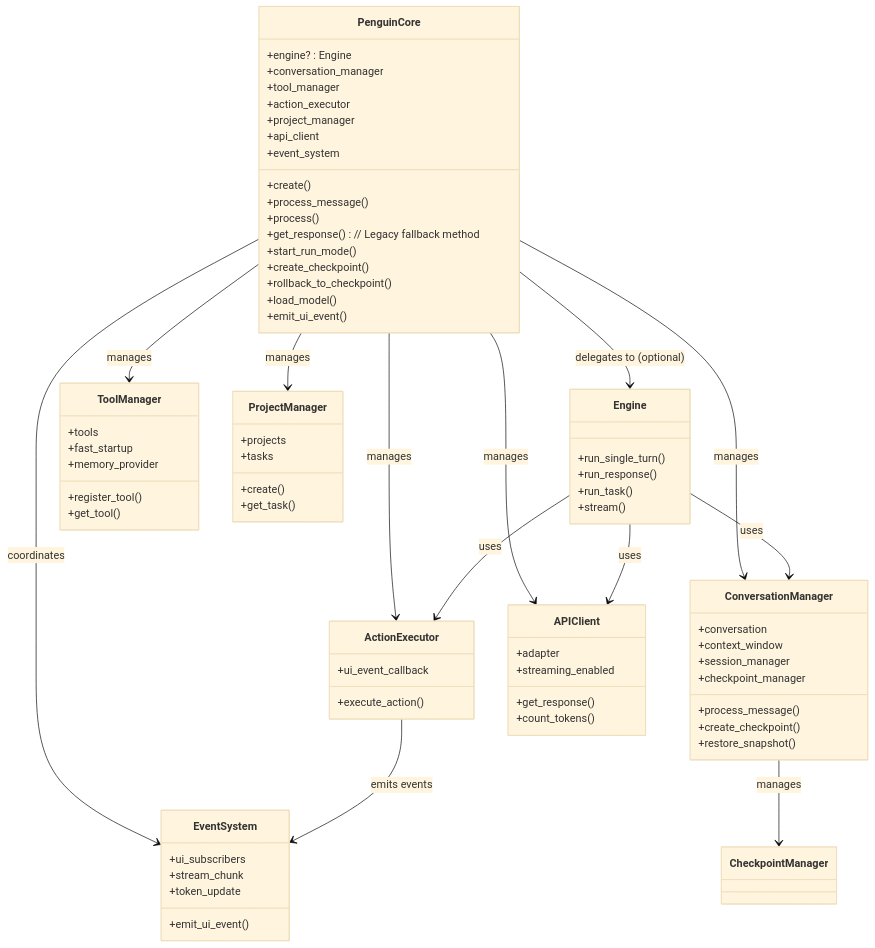
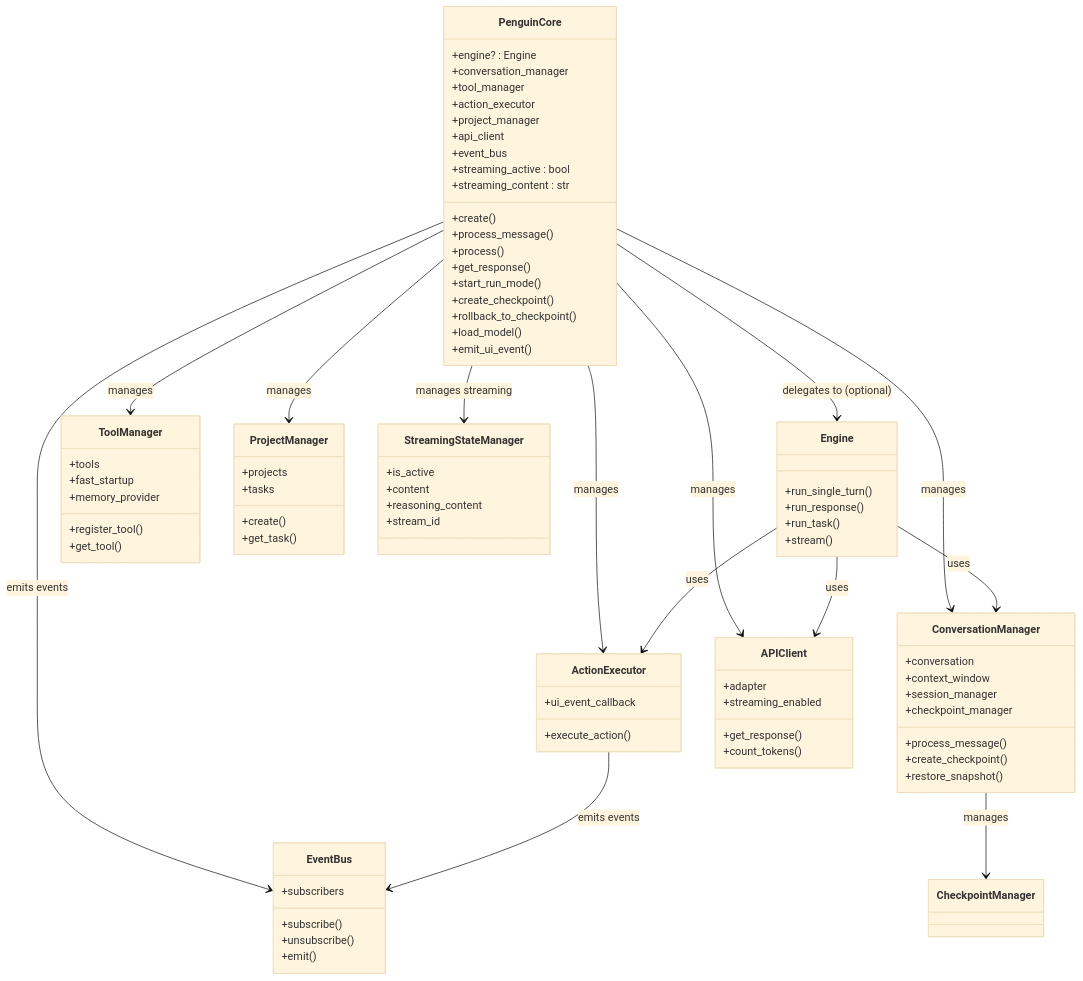
Before and after one commit to Maximooch/penguin: the first of 3 diagrams in docs/docs/api_reference/core.md, drawn with Mermaid (base theme). The commit also changed other lines of this file and 4 other files, not shown here.

Commit message:
Refactor core.py and API documentation: Update streaming state management, remove legacy code, and document migration of security endpoints

````diff
--- a/docs/docs/api_reference/core.md
+++ b/docs/docs/api_reference/core.md
@@ -34,11 +35,13 @@
         +action_executor
         +project_manager
         +api_client
-        +event_system
+        +event_bus
+        +streaming_active : bool
+        +streaming_content : str
         +create()
         +process_message()
         +process()
-        +get_response() // Legacy fallback method
+        +get_response()
         +start_run_mode()
         +create_checkpoint()
         +rollback_to_checkpoint()
@@ -90,11 +93,18 @@
         +streaming_enabled
     }
 
-    class EventSystem {
-        +ui_subscribers
-        +emit_ui_event()
-        +stream_chunk
-        +token_update
+    class EventBus {
+        +subscribers
+        +subscribe()
+        +unsubscribe()
+        +emit()
+    }
+
+    class StreamingStateManager {
+        +is_active
+        +content
+        +reasoning_content
+        +stream_id
     }
 
     PenguinCore --> Engine : delegates to (optional)
@@ -103,10 +113,11 @@
     PenguinCore --> ActionExecutor : manages
     PenguinCore --> ProjectManager : manages
     PenguinCore --> APIClient : manages
-    PenguinCore --> EventSystem : coordinates
+    PenguinCore --> EventBus : emits events
+    PenguinCore --> StreamingStateManager : manages streaming
     Engine --> APIClient : uses
     Engine --> ActionExecutor : uses
     Engine --> ConversationManager : uses
     ConversationManager --> CheckpointManager : manages
-    ActionExecutor --> EventSystem : emits events
+    ActionExecutor --> EventBus : emits events
 ```
````
